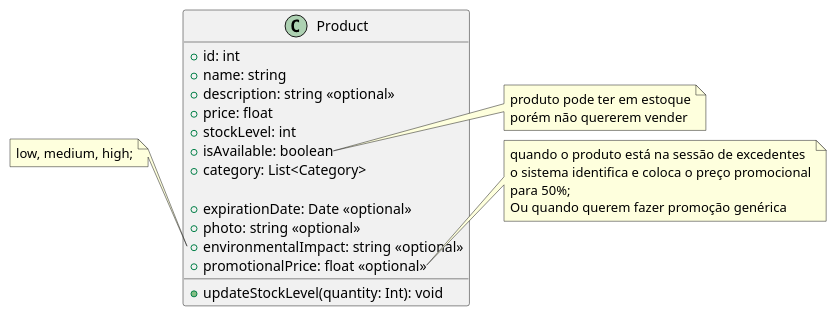
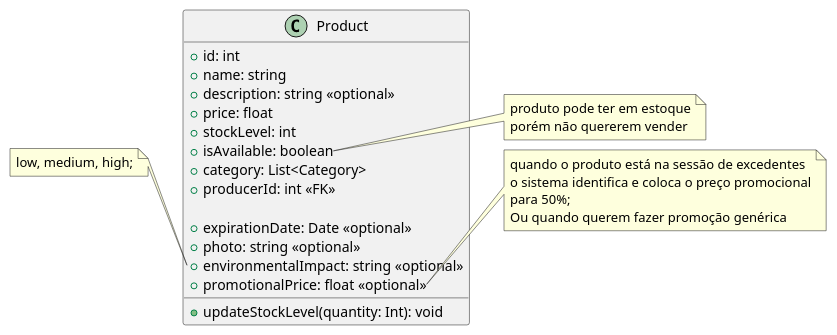
The diagram in docs/diagrams/entities/Product.puml (bruflor/comercio-vizinho), drawn with PlantUML before and after one commit.

Commit message:
producer id inside of each of his products

```diff
--- a/docs/diagrams/entities/Product.puml
+++ b/docs/diagrams/entities/Product.puml
@@ -1,37 +1,38 @@
 @startuml
 'https://plantuml.com/class-diagram
 class Product{
     + id: int
     + name: string
     + description: string <<optional>>
     + price: float
     + stockLevel: int
     + isAvailable: boolean
     + category: List<Category>
+    + producerId: int <<FK>>
 
     + expirationDate: Date <<optional>>
     + photo: string <<optional>>
     + environmentalImpact: string <<optional>>
     + promotionalPrice: float <<optional>>
 
     + updateStockLevel(quantity: Int): void
 }
 
 note right of Product::isAvailable
     produto pode ter em estoque
     porém não quererem vender
 end note
 
 note left of Product::environmentalImpact
     low, medium, high;
 end note
 
 note right of Product::promotionalPrice
     quando o produto está na sessão de excedentes
     o sistema identifica e coloca o preço promocional
     para 50%;
     Ou quando querem fazer promoção genérica
 end note
 
 
 @enduml
```
